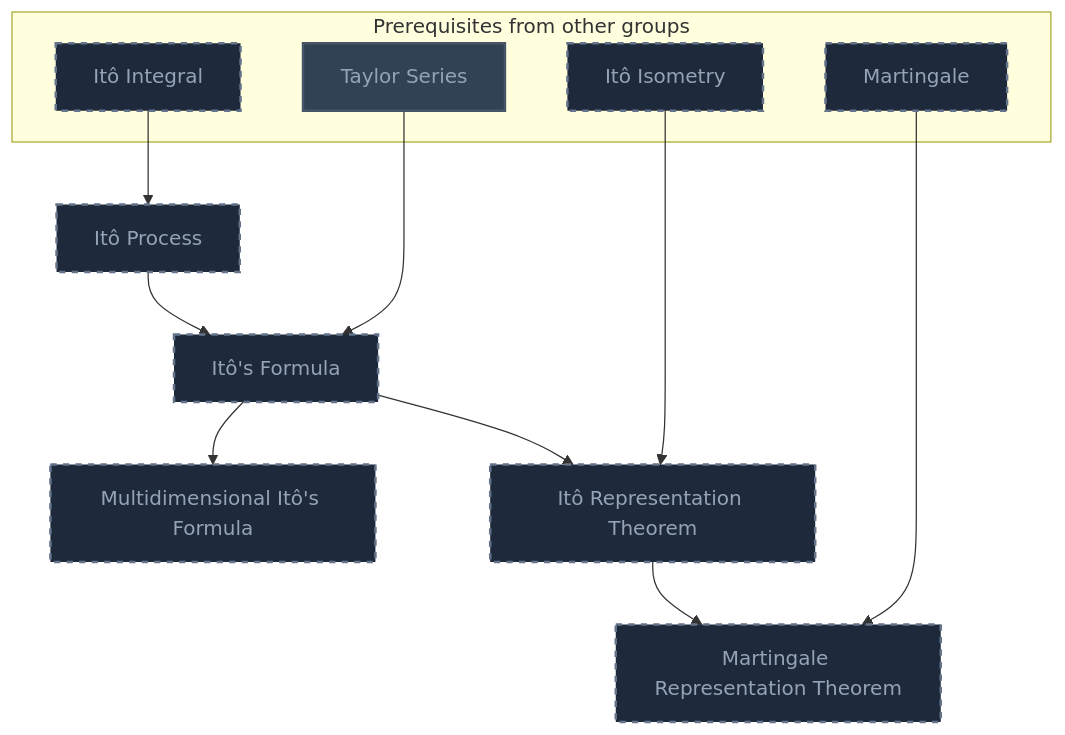
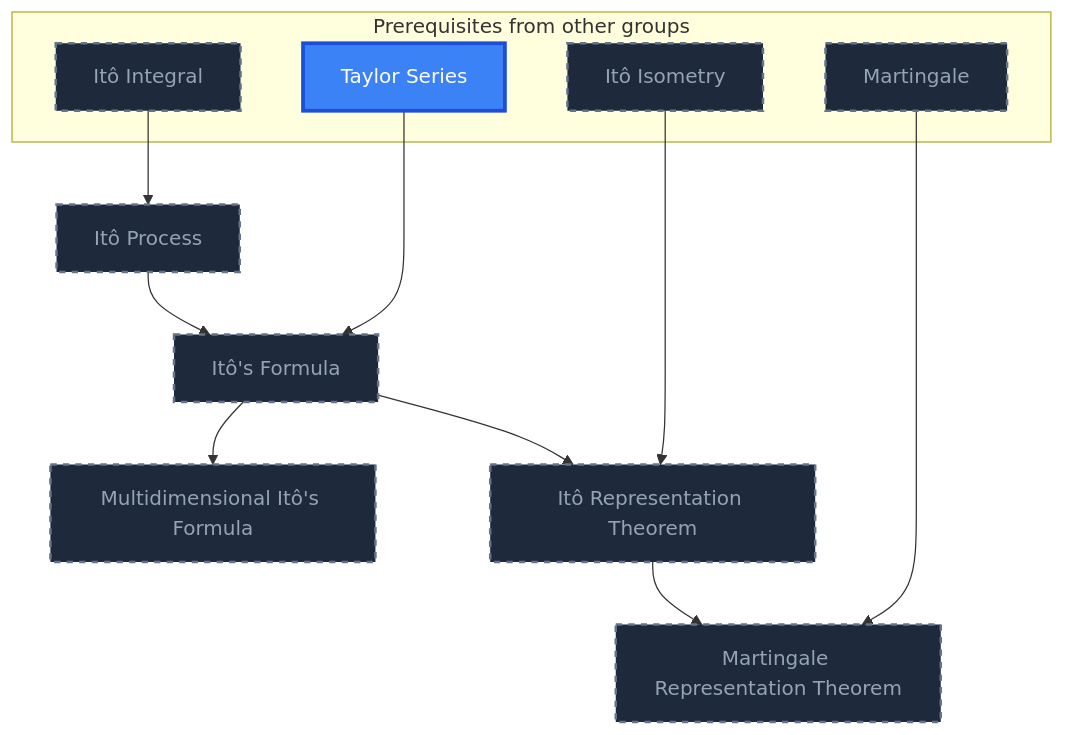
One commit to MRauf1/My-Notes changed the third of 11 diagrams in Gamification/Skill Trees/Stochastic Differential Equations.md. Above: the diagram before and after it, drawn with Mermaid. The commit also changed other lines of this file and 145 other files, not shown here.

````diff
--- a/Gamification/Skill Trees/Stochastic Differential Equations.md
+++ b/Gamification/Skill Trees/Stochastic Differential Equations.md
@@ -93,34 +95,34 @@
 ```mermaid
 flowchart TD
     classDef planned fill:#1E293B,stroke:#64748B,stroke-width:2px,stroke-dasharray:5 5,color:#94A3B8;
     classDef locked fill:#334155,stroke:#475569,stroke-width:2px,color:#94A3B8;
     classDef L0 fill:#F1F5F9,stroke:#94A3B8,stroke-width:2px,color:#000000;
     classDef L1 fill:#22C55E,stroke:#15803D,stroke-width:2px,color:#000000;
     classDef L2 fill:#3B82F6,stroke:#1D4ED8,stroke-width:3px,color:#FFFFFF;
     classDef L3 fill:#A855F7,stroke:#6B21A8,stroke-width:3px,color:#FFFFFF,font-weight:bold;
     classDef L4 fill:#F97316,stroke:#C2410C,stroke-width:4px,color:#000000,font-weight:bold;
     classDef L5 fill:#FFD700,stroke:#FF8C00,stroke-width:5px,color:#000000,font-weight:bold;
     classDef rusty stroke:#8B4513,stroke-width:4px,stroke-dasharray:3 3;
     subgraph sg_prereqs["Prerequisites from other groups"]
         n_it_integral["Itô Integral"]
         n_taylor_series["Taylor Series"]
         n_it_isometry["Itô Isometry"]
         n_martingale["Martingale"]
     end
     n_it_process["Itô Process"]
     n_it_s_formula["Itô's Formula"]
     n_multidimensional_it_s_formula["Multidimensional Itô's Formula"]
     n_it_representation_theorem["Itô Representation Theorem"]
     n_martingale_representation_theorem["Martingale Representation Theorem"]
     n_it_integral --> n_it_process
     n_it_process --> n_it_s_formula
     n_taylor_series --> n_it_s_formula
     n_it_s_formula --> n_multidimensional_it_s_formula
     n_it_isometry --> n_it_representation_theorem
     n_it_s_formula --> n_it_representation_theorem
     n_it_representation_theorem --> n_martingale_representation_theorem
     n_martingale --> n_martingale_representation_theorem
     class n_it_integral,n_it_isometry,n_martingale,n_it_process,n_it_s_formula,n_multidimensional_it_s_formula,n_it_representation_theorem,n_martingale_representation_theorem planned;
-    class n_taylor_series locked;
+    class n_taylor_series L2;
     class n_taylor_series internal-link;
 ```
````
